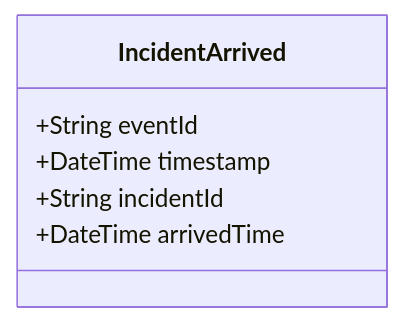
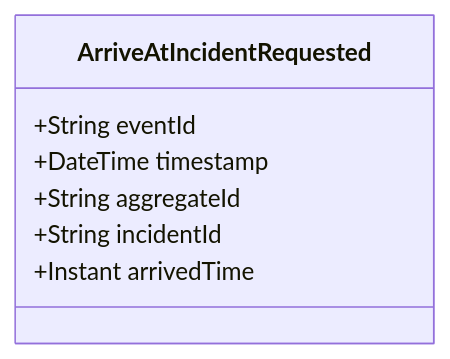
Before and after one commit to pgraff/police-system: the diagram in doc/events/IncidentArrived.md, drawn with Mermaid. The commit also changed other lines of this file and 58 other files, not shown here.

````diff
--- a/doc/events/IncidentArrived.md
+++ b/doc/events/IncidentArrived.md
@@ -9,9 +9,10 @@
 ```mermaid
 classDiagram
-    class IncidentArrived {
+    class ArriveAtIncidentRequested {
         +String eventId
         +DateTime timestamp
+        +String aggregateId
         +String incidentId
-        +DateTime arrivedTime
+        +Instant arrivedTime
     }
 ```
````
